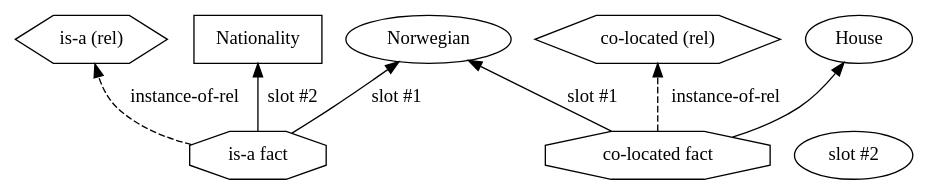
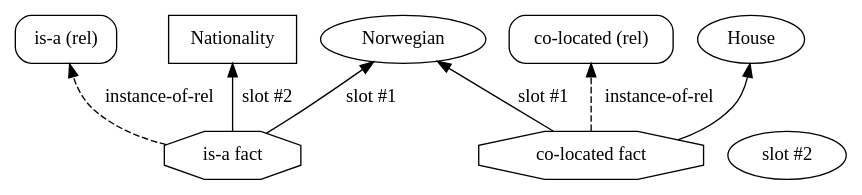
Before and after one commit to agutikov/ein: the third of 7 diagrams in docs/kernel/ir/01-ein-graph/01_kb.md, drawn with Graphviz. The commit also changed other lines of this file and 10 other files, not shown here.

````diff
--- a/docs/kernel/ir/01-ein-graph/01_kb.md
+++ b/docs/kernel/ir/01-ein-graph/01_kb.md
@@ -109,28 +109,28 @@
 ```dot
 digraph levi_single_fact {
   rankdir=BT;
 
-  // Relation declarations (hexagons — distinct from objects)
-  rel_isa   [shape=hexagon, label="is-a (rel)"];
-  rel_coloc [shape=hexagon, label="co-located (rel)"];
+  // Relation declarations (round-rects — distinct from objects)
+  rel_isa   [shape=box, style=rounded, label="is-a (rel)"];
+  rel_coloc [shape=box, style=rounded, label="co-located (rel)"];
 
   // Types (boxes), objects (ellipses)
   Nationality [shape=box];
   Norwegian   [shape=ellipse];
   House-1     [shape=ellipse];
 
   // Fact nodes (octagons)
   isa_fact   [shape=octagon, label="is-a fact"];
   coloc_fact [shape=octagon, label="co-located fact"];
 
   // The is-a fact and its slots + relation link
   isa_fact -> Norwegian   [label="slot #1"];
   isa_fact -> Nationality [label="slot #2"];
   isa_fact -> rel_isa     [label="instance-of-rel", style=dashed];
 
   // The co-located fact and its slots + relation link
   coloc_fact -> Norwegian [label="slot #1"];
   coloc_fact -> House-1   [label="slot #2"];
   coloc_fact -> rel_coloc [label="instance-of-rel", style=dashed];
 }
 ```
````
